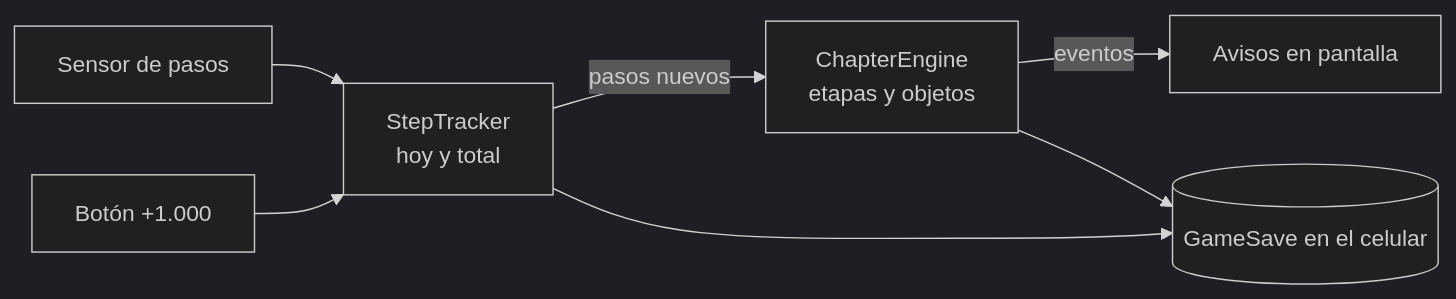
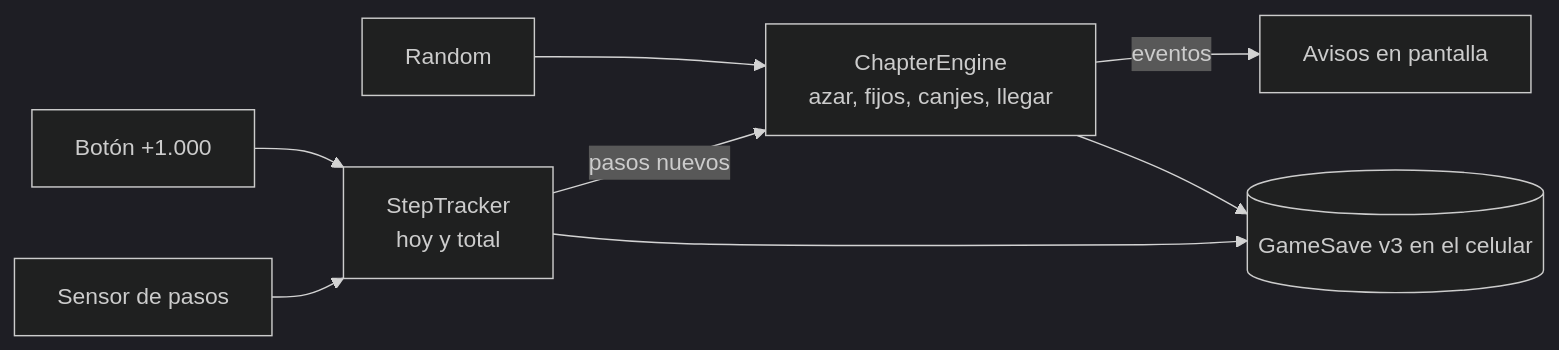
One commit to Ivanknop/gramonia-steps changed the diagram in docs/informe.md. Above: the diagram before and after it, drawn with Mermaid (dark theme). The commit also changed other lines of this file, not shown here.

Commit message:
Informe actualizado al capítulo de 100.000 pasos

````diff
--- a/docs/informe.md
+++ b/docs/informe.md
@@ -50,9 +63,10 @@
 ```mermaid
 flowchart LR
   S[Sensor de pasos] --> T[StepTracker<br/>hoy y total]
   D[Botón +1.000] --> T
-  T -- pasos nuevos --> E[ChapterEngine<br/>etapas y objetos]
+  T -- pasos nuevos --> E[ChapterEngine<br/>azar, fijos, canjes, llegar]
+  R[Random] --> E
   E -- eventos --> A[Avisos en pantalla]
-  T --> G[(GameSave en el celular)]
+  T --> G[(GameSave v3 en el celular)]
   E --> G
 ```
````
